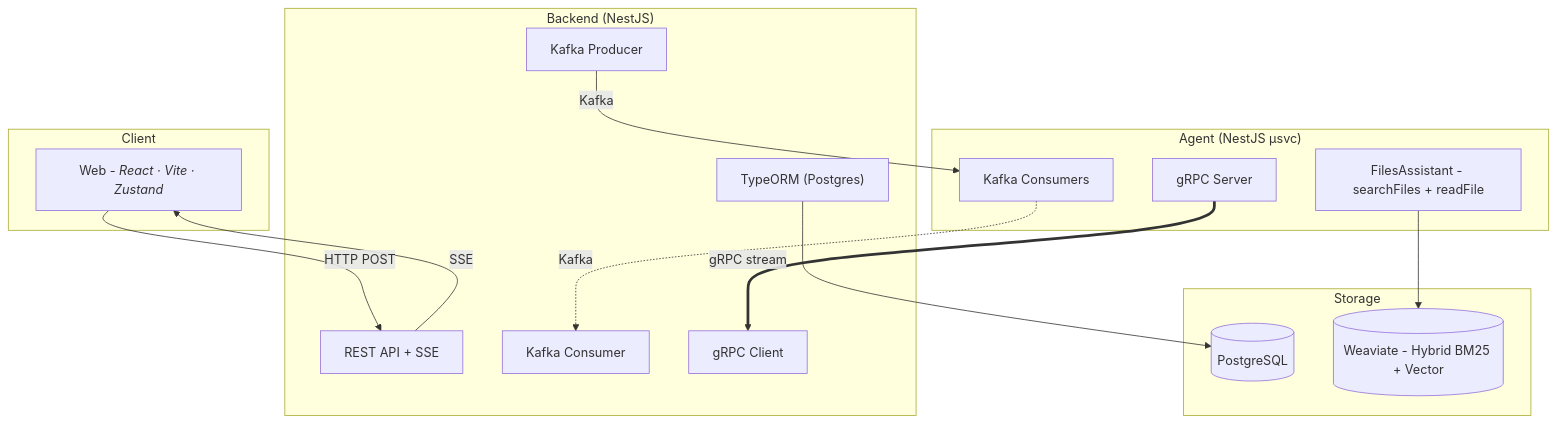
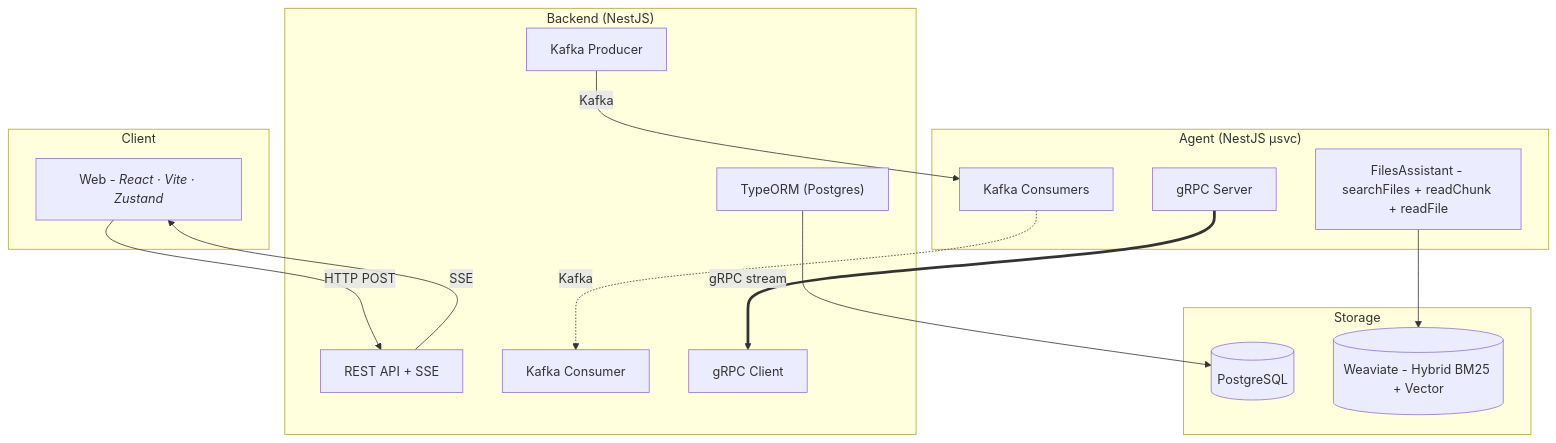
One commit to JackTran15/files-assistant-system changed the first of 3 diagrams in README.md. Above: the diagram before and after it, drawn with Mermaid. The commit also changed other lines of this file and 11 other files, not shown here.

First line of the commit message:
feat: add readChunk tool for exact chunk retrieval and enhance citation handling

````diff
--- a/README.md
+++ b/README.md
@@ -146,33 +146,33 @@
 ```mermaid
 graph TB
     subgraph Client
         Web["Web - <i>React · Vite · Zustand</i>"]
     end
 
     subgraph Backend["Backend (NestJS)"]
         API["REST API + SSE"]
         KP["Kafka Producer"]
         KC["Kafka Consumer"]
         GRPC_C["gRPC Client"]
         ORM["TypeORM (Postgres)"]
     end
 
     subgraph Agent["Agent (NestJS µsvc)"]
-        FA["FilesAssistant - searchFiles + readFile"]
+        FA["FilesAssistant - searchFiles + readChunk + readFile"]
         KAFKA_CON["Kafka Consumers"]
         GRPC_S["gRPC Server"]
     end
 
     subgraph Storage
         PG[(PostgreSQL)]
         WV[(Weaviate - Hybrid BM25 + Vector)]
     end
 
     Web -->|"HTTP POST"| API
     API -->|"SSE"| Web
     KP -->|"Kafka"| KAFKA_CON
     KAFKA_CON -.->|"Kafka"| KC
     GRPC_S ==>|"gRPC stream"| GRPC_C
     ORM --> PG
     FA --> WV
 ```
````
